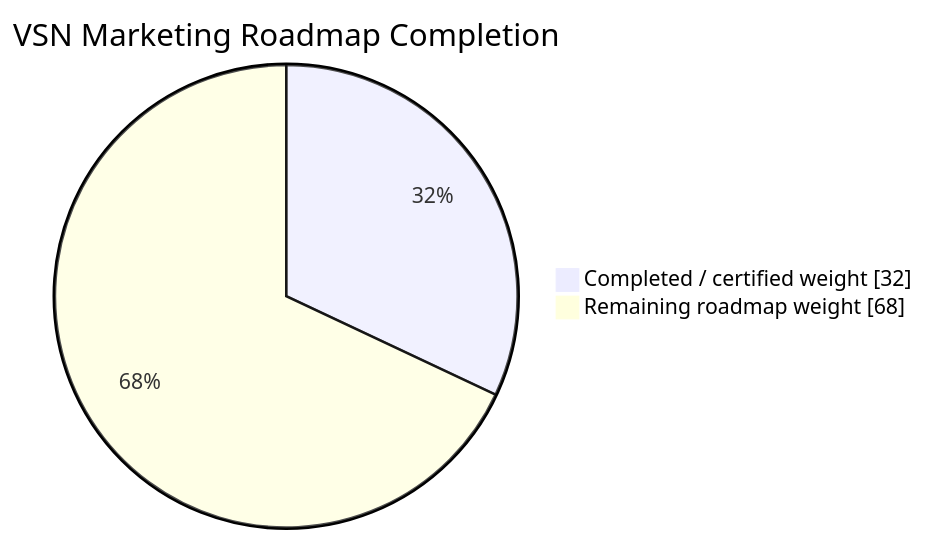
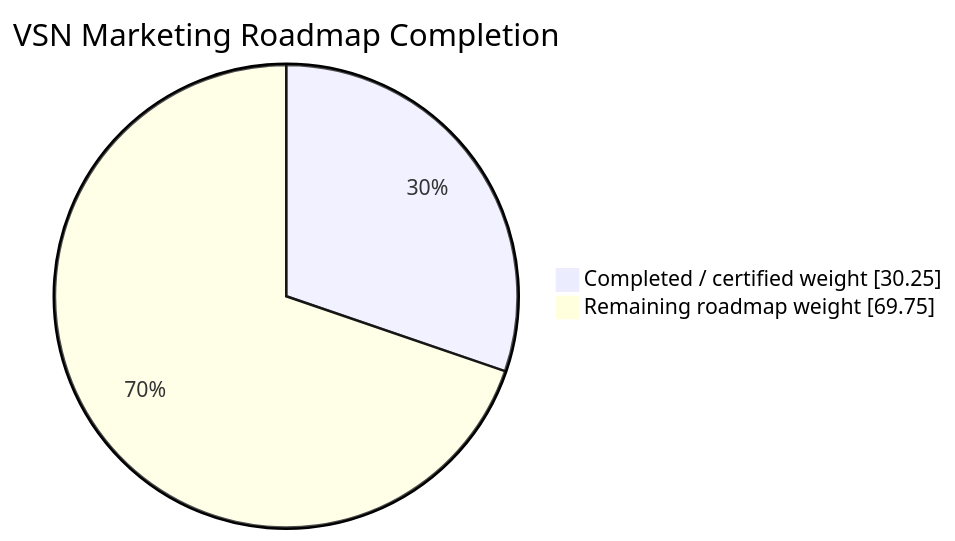
Before and after one commit to Vertex-Systems-Network/vsn-marketing: the diagram in README.md, drawn with Mermaid. The commit also changed other lines of this file, not shown here.

````diff
--- a/README.md
+++ b/README.md
@@ -22,6 +23,6 @@
 ```mermaid
 pie showData
     title VSN Marketing Roadmap Completion
-    "Completed / certified weight" : 32.00
-    "Remaining roadmap weight" : 68.00
+    "Completed / certified weight" : 30.25
+    "Remaining roadmap weight" : 69.75
 ```
````
